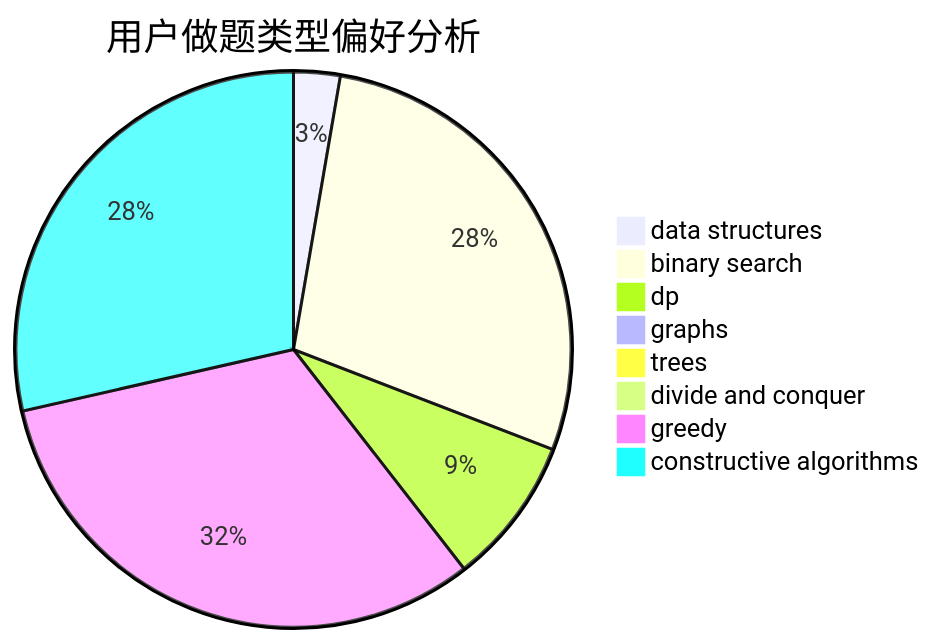
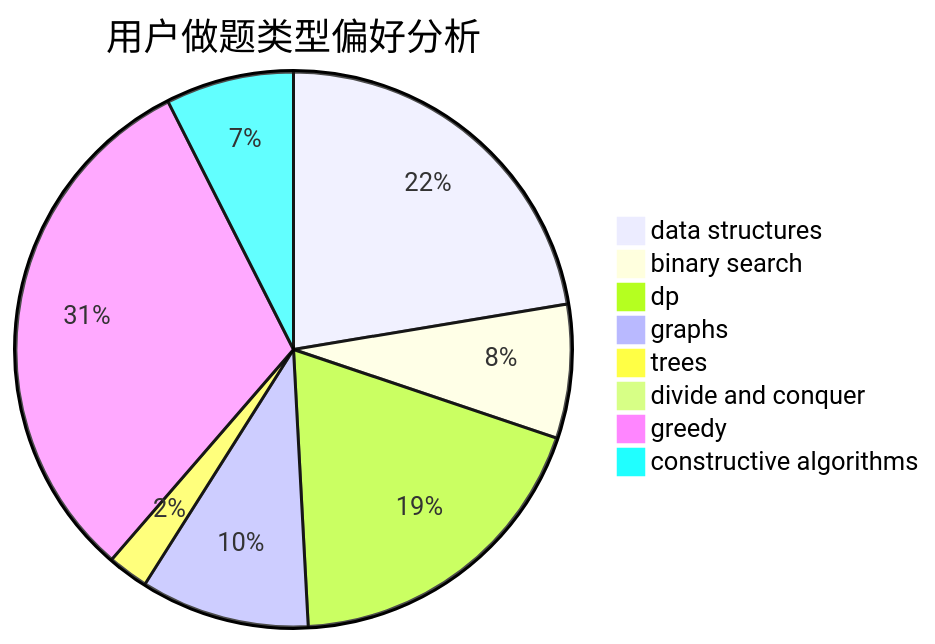
One commit to sherpahu/cfrs.github.io changed the second of 3 diagrams in docs/user/u2278.md. Above: the diagram before and after it, drawn with Mermaid. The commit also changed other lines of this file and 2770 other files, not shown here.

````diff
--- a/docs/user/u2278.md
+++ b/docs/user/u2278.md
@@ -23,11 +23,11 @@
 ```mermaid
 pie title 用户做题类型偏好分析
-    "data structures" :  27
-    "binary search" :  281
-    "dp" :  86
-    "graphs" :  6
-    "trees" :  6
+    "data structures" :  66
+    "binary search" :  23
+    "dp" :  56
+    "graphs" :  29
+    "trees" :  7
     "divide and conquer" :  0
-    "greedy" :  319
-    "constructive algorithms" :  285
+    "greedy" :  92
+    "constructive algorithms" :  22
 ```
````
